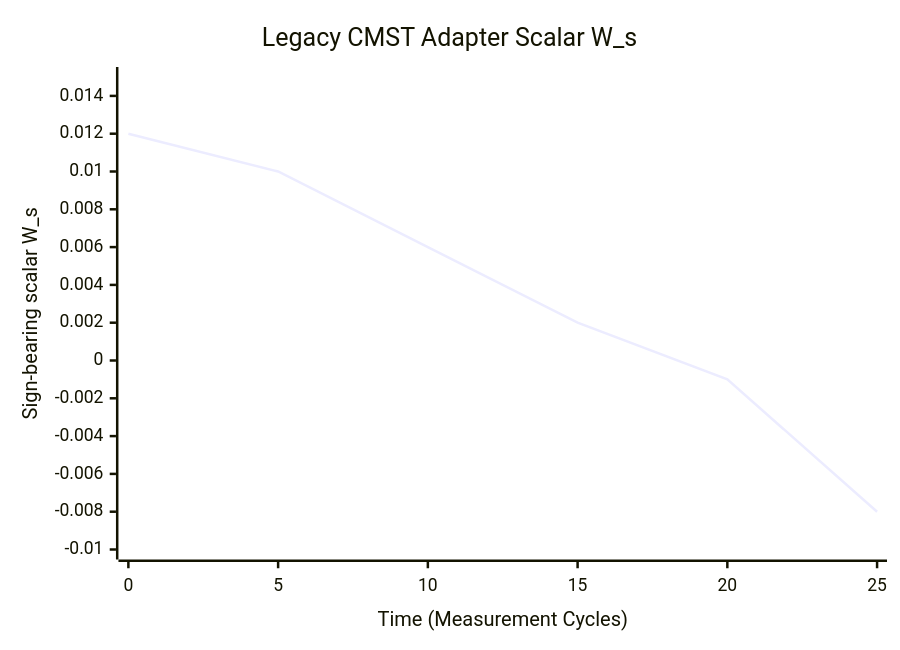
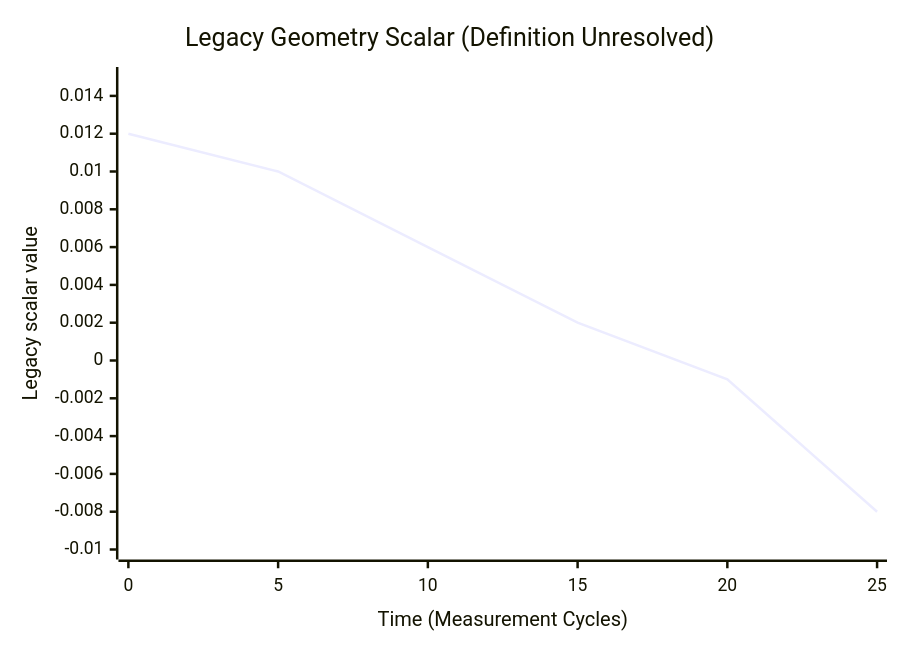
Before and after one commit to FOUNDUPS/Foundups-Agent: the fifth of 7 diagrams in WSP_knowledge/docs/Papers/rESP_Quantum_Self_Reference.md, drawn with Mermaid. The commit also changed other lines of this file, not shown here.

Commit message:
docs(rESP): fix Lindblad rate convention and legacy witness provenance

````diff
--- a/WSP_knowledge/docs/Papers/rESP_Quantum_Self_Reference.md
+++ b/WSP_knowledge/docs/Papers/rESP_Quantum_Self_Reference.md
@@ -959,7 +970,7 @@
 ```mermaid
 xychart-beta
-    title "Legacy CMST Adapter Scalar W_s"
+    title "Legacy Geometry Scalar (Definition Unresolved)"
     x-axis "Time (Measurement Cycles)" [0, 5, 10, 15, 20, 25]
-    y-axis "Sign-bearing scalar W_s" -0.01 --> 0.015
+    y-axis "Legacy scalar value" -0.01 --> 0.015
     line [0.012, 0.010, 0.006, 0.002, -0.001, -0.008]
 ```
````
